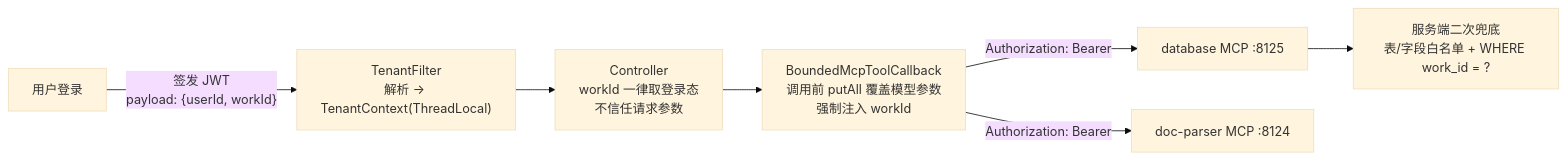
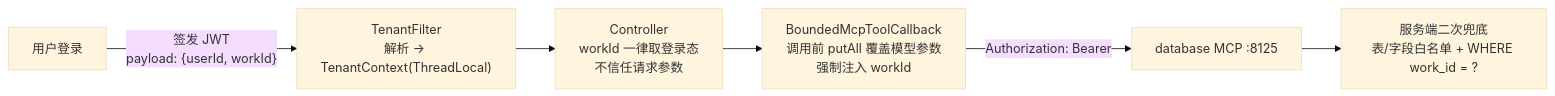
Before and after one commit to B9lair/LoreKeeper: the third of 6 diagrams in README.md, drawn with Mermaid (base theme). The commit also changed other lines of this file and 77 other files, not shown here.

````diff
--- a/README.md
+++ b/README.md
@@ -146,9 +138,8 @@
 ```mermaid
 flowchart LR
     U["用户登录"] -->|"签发 JWT<br/>payload: {userId, workId}"| T["TenantFilter<br/>解析 → TenantContext(ThreadLocal)"]
     T --> C["Controller<br/>workId 一律取登录态<br/>不信任请求参数"]
     C --> B["BoundedMcpToolCallback<br/>调用前 putAll 覆盖模型参数<br/>强制注入 workId"]
     B -->|"Authorization: Bearer"| M1["database MCP :8125"]
-    B -->|"Authorization: Bearer"| M2["doc-parser MCP :8124"]
     M1 --> W["服务端二次兜底<br/>表/字段白名单 + WHERE work_id = ?"]
 ```
````
